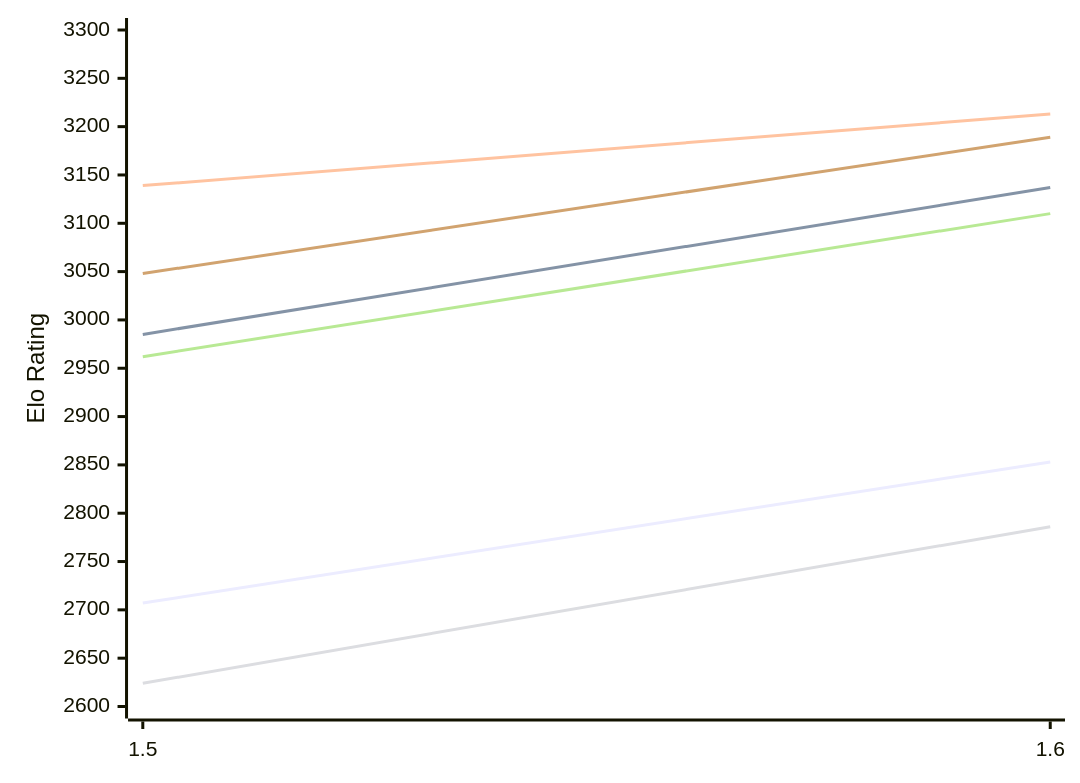
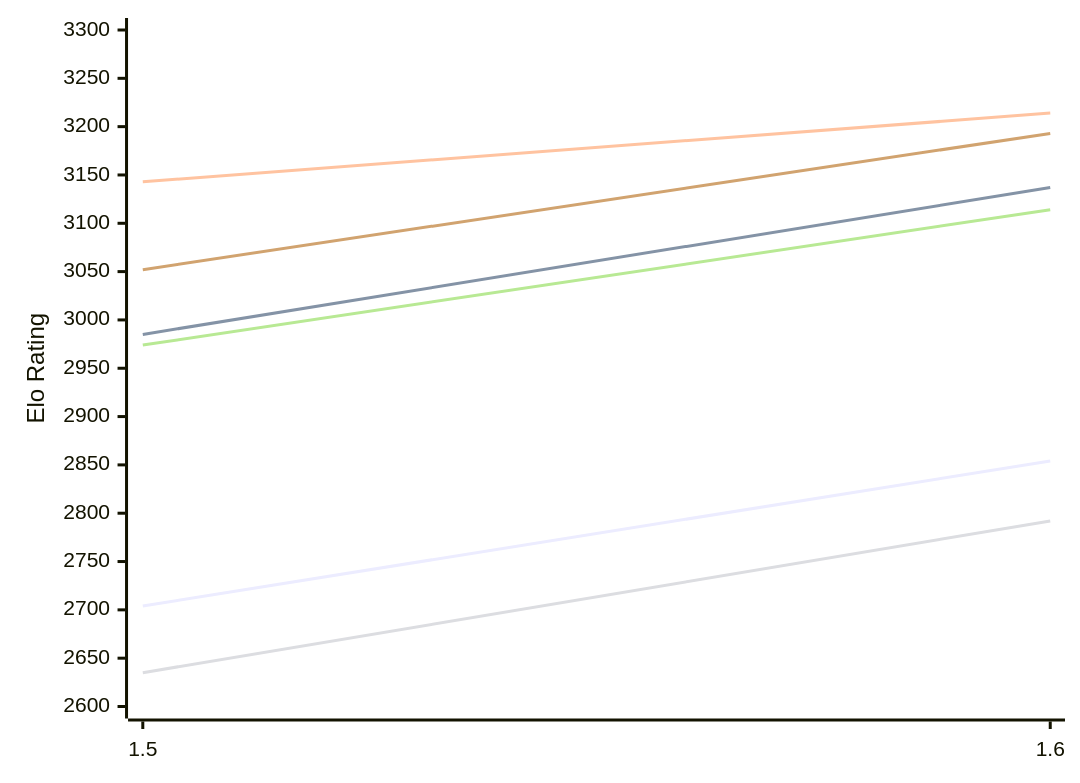
Before and after one commit to computer-chess-index/cci: the first of 2 diagrams in engines/Yakka.md, drawn with Mermaid. The commit also changed other lines of this file, not shown here.

Commit message:
Update CCI Ratings (ELO VLTC) - 2026-11-17

````diff
--- a/engines/Yakka.md
+++ b/engines/Yakka.md
@@ -51,12 +51,12 @@
 ```mermaid
 %%{init: {"theme":"base","themeVariables":{"seriesColors:['#a3a3a3','#222221','#faa371']}}}%%
 xychart-beta
   x-axis ["1.5", "1.6"]
   y-axis "Elo Rating" 2600 --> 3300
-  line "E1: STC (8.0+0.08s)" [2707, 2853]
+  line "E1: STC (8.0+0.08s)" [2704, 2854]
   line "E1: LTC (60.0+0.60s)" [2985, 3137]
-  line "E1: VLTC (2m24s+1.12s)" [3139, 3213]
-  line "P1: STC (8.0+0.08s)" [2624, 2786]
-  line "P1: LTC (60.0+0.60s)" [2962, 3110]
-  line "P1: VLTC (2m24s+1.12s)" [3048, 3189]
+  line "E1: VLTC (2m24s+1.12s)" [3143, 3214]
+  line "P1: STC (8.0+0.08s)" [2635, 2792]
+  line "P1: LTC (60.0+0.60s)" [2974, 3114]
+  line "P1: VLTC (2m24s+1.12s)" [3052, 3193]
 ```
````
